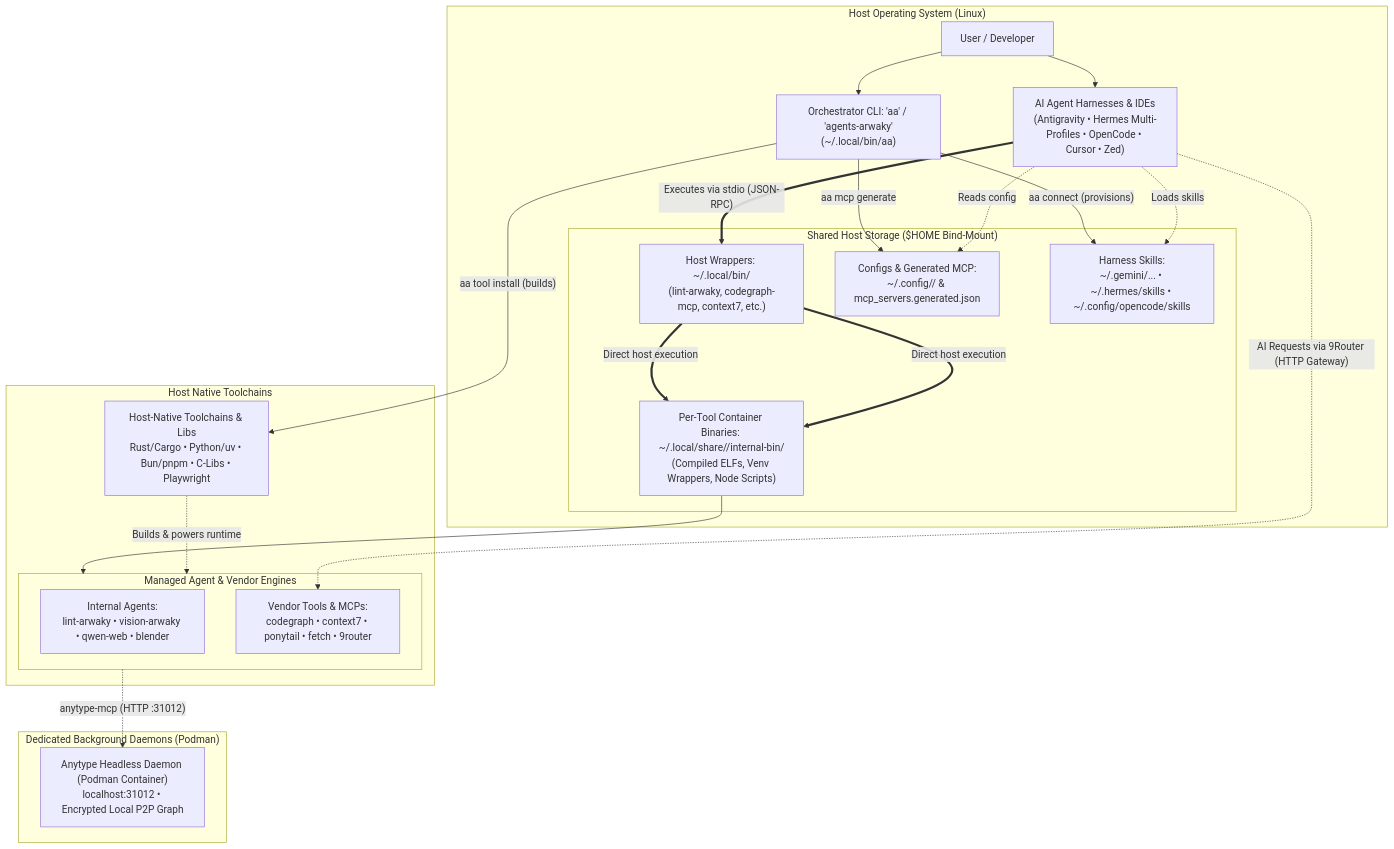
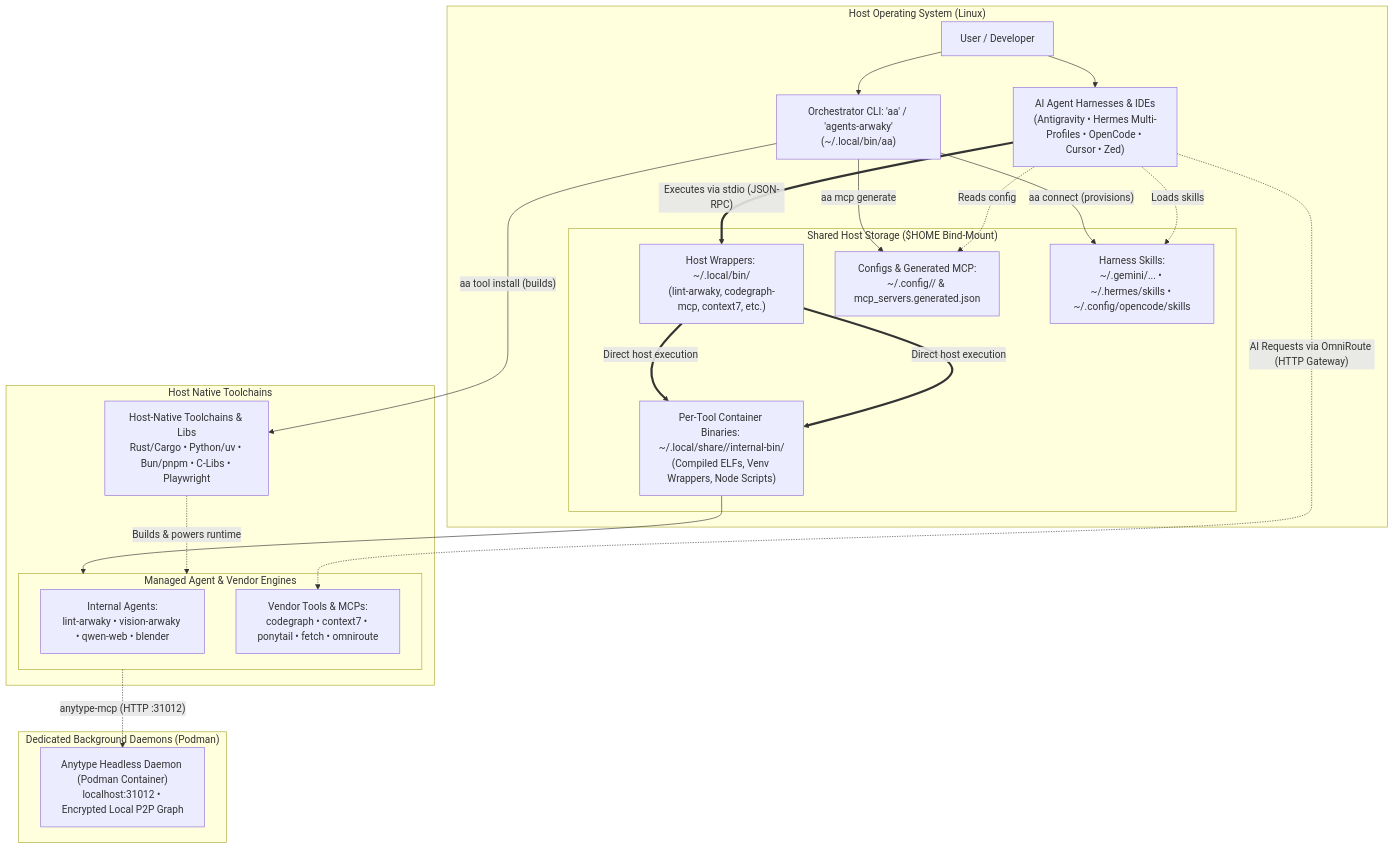
One commit to rakaarwaky/agents-arwaky changed the diagram in README.md. Above: the diagram before and after it, drawn with Mermaid. The commit also changed other lines of this file and 52 other files, not shown here.

First line of the commit message:
feat(vendor): replace 9router with host-native omniroute on port 7777

````diff
--- a/README.md
+++ b/README.md
@@ -46,52 +46,52 @@
 ```mermaid
 flowchart TB
     subgraph HostOS["Host Operating System (Linux)"]
         User["User / Developer"]
         Harnesses["AI Agent Harnesses & IDEs\n(Antigravity • Hermes Multi-Profiles • OpenCode • Cursor • Zed)"]
         CLI["Orchestrator CLI: 'aa' / 'agents-arwaky'\n(~/.local/bin/aa)"]
       
         subgraph XDGShared["Shared Host Storage ($HOME Bind-Mount)"]
             Launchers["Host Wrappers: ~/.local/bin/\n(lint-arwaky, codegraph-mcp, context7, etc.)"]
             InternalBin["Per-Tool Container Binaries: ~/.local/share/<tool>/internal-bin/\n(Compiled ELFs, Venv Wrappers, Node Scripts)"]
             XDGConfigs["Configs & Generated MCP:\n~/.config/<tool>/ & mcp_servers.generated.json"]
             XDGSkills["Harness Skills:\n~/.gemini/... • ~/.hermes/skills • ~/.config/opencode/skills"]
         end
     end
 
     subgraph HostToolchain["Host Native Toolchains"]
         IsolatedRuntimes["Host-Native Toolchains & Libs\nRust/Cargo • Python/uv • Bun/pnpm • C-Libs • Playwright"]
 
         subgraph AgentsAndTools["Managed Agent & Vendor Engines"]
             InternalAgents["Internal Agents:\nlint-arwaky • vision-arwaky • qwen-web • blender"]
-            VendorTools["Vendor Tools & MCPs:\ncodegraph • context7 • ponytail • fetch • 9router"]
+            VendorTools["Vendor Tools & MCPs:\ncodegraph • context7 • ponytail • fetch • omniroute"]
         end
     end
 
     subgraph SidecarServices["Dedicated Background Daemons (Podman)"]
         AnytypeDaemon["Anytype Headless Daemon (Podman Container)\nlocalhost:31012 • Encrypted Local P2P Graph"]
     end
 
     %% User & CLI interactions
     User --> CLI
     User --> Harnesses
     CLI -- "aa connect (provisions)" --> XDGSkills
     CLI -- "aa mcp generate" --> XDGConfigs
     CLI -- "aa tool install (builds)" --> IsolatedRuntimes
 
     %% Host-native execution
     Launchers == "Direct host execution" ==> InternalBin
 
     %% Harness interactions
     Harnesses -. "Reads config" .-> XDGConfigs
     Harnesses -. "Loads skills" .-> XDGSkills
     Harnesses == "Executes via stdio (JSON-RPC)" ==> Launchers
 
     %% Host-native execution
     Launchers == "Direct host execution" ==> InternalBin
     InternalBin --> AgentsAndTools
     IsolatedRuntimes -. "Builds & powers runtime" .-> AgentsAndTools
 
     %% Daemons & Services
     AgentsAndTools -. "anytype-mcp (HTTP :31012)" .-> AnytypeDaemon
-    Harnesses -. "AI Requests via 9Router (HTTP Gateway)" .-> VendorTools
+    Harnesses -. "AI Requests via OmniRoute (HTTP Gateway)" .-> VendorTools
 ```
````
